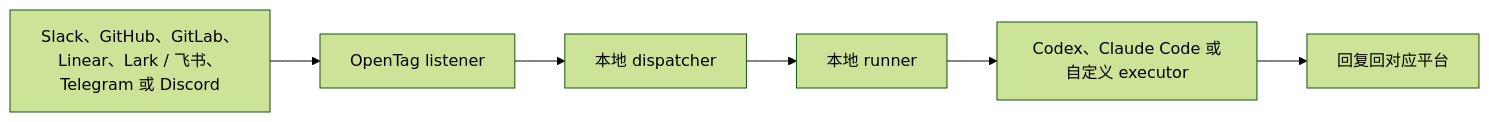
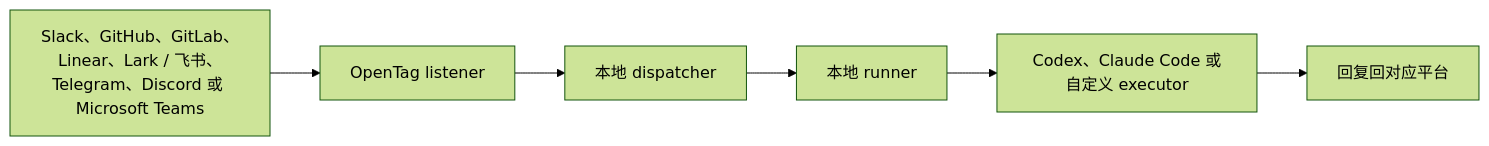
The diagram in README.zh-CN.md (amplifthq/opentag), drawn with Mermaid (forest theme) before and after one commit. The commit also changed other lines of this file and 59 other files, not shown here.

First line of the commit message:
Add Microsoft Teams platform adapter (#84)

````diff
--- a/README.zh-CN.md
+++ b/README.zh-CN.md
@@ -211,8 +212,8 @@
 ```mermaid
 flowchart LR
-    A["Slack、GitHub、GitLab、Linear、Lark / 飞书、Telegram 或 Discord"] --> B["OpenTag listener"]
+    A["Slack、GitHub、GitLab、Linear、Lark / 飞书、Telegram、Discord 或 Microsoft Teams"] --> B["OpenTag listener"]
     B --> C["本地 dispatcher"]
     C --> D["本地 runner"]
     D --> E["Codex、Claude Code 或自定义 executor"]
     E --> F["回复回对应平台"]
 ```
````
